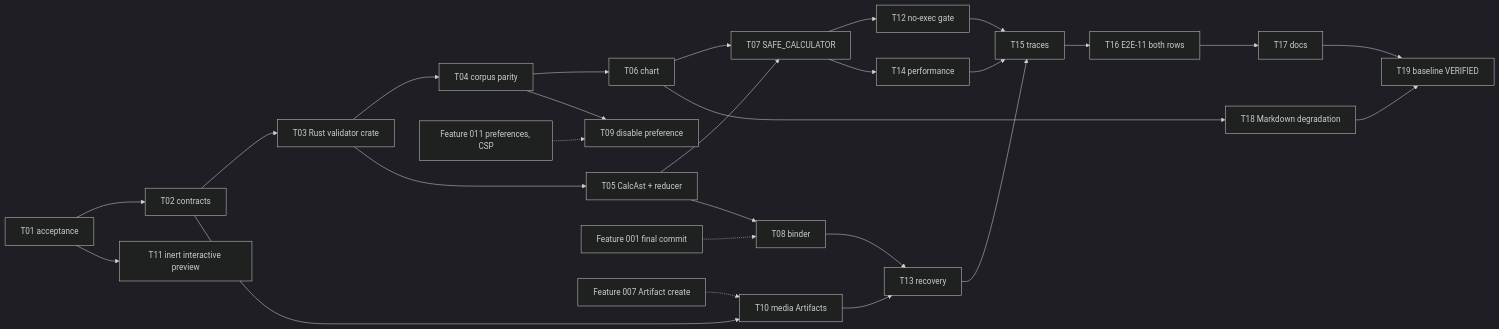
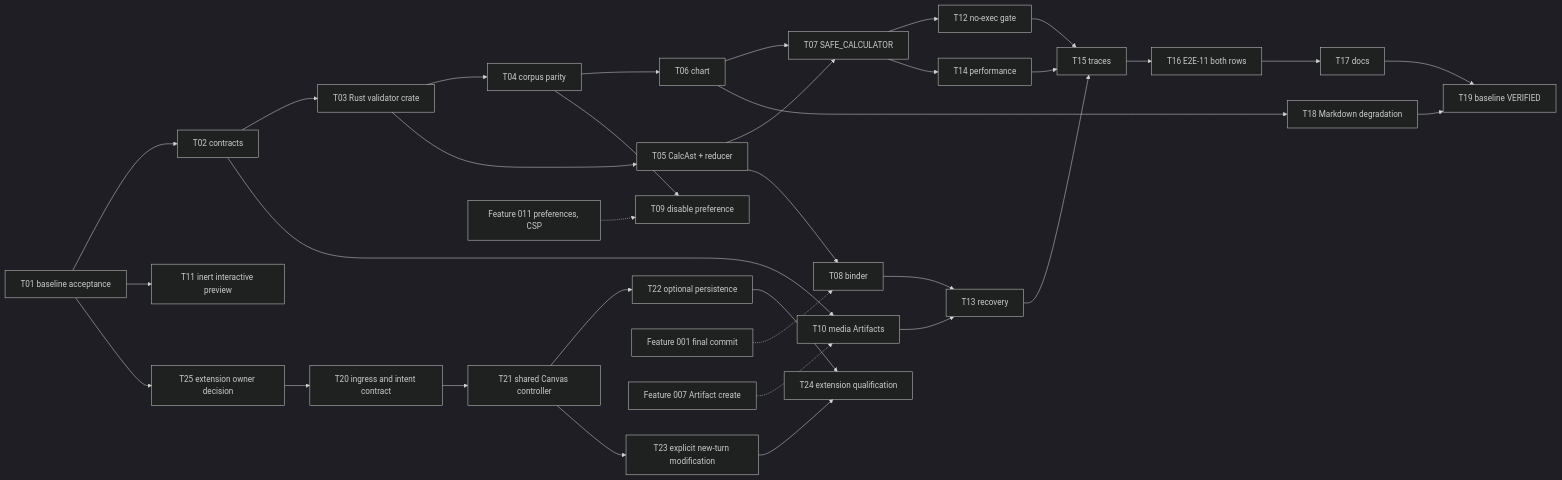
The diagram in specs/016-rich-presentation-intelligent-ui/PLAN.md (sarv-projects/litecowork), drawn with Mermaid (dark theme) before and after one commit. The commit also changed other lines of this file and 38 other files, not shown here.

````diff
--- a/specs/016-rich-presentation-intelligent-ui/PLAN.md
+++ b/specs/016-rich-presentation-intelligent-ui/PLAN.md
@@ -24,27 +24,33 @@
 ```mermaid
 flowchart LR
-  T01[T01 acceptance] --> T02[T02 contracts]
+  T01[T01 baseline acceptance] --> T02[T02 contracts]
   T02 --> T03[T03 Rust validator crate]
   T03 --> T04[T04 corpus parity]
   T03 --> T05[T05 CalcAst + reducer]
   T04 --> T06[T06 chart]
   T05 --> T07[T07 SAFE_CALCULATOR]
   T06 --> T07
   T05 --> T08[T08 binder]
   T04 --> T09[T09 disable preference]
   T02 --> T10[T10 media Artifacts]
   T01 --> T11[T11 inert interactive preview]
   T07 --> T12[T12 no-exec gate]
   T08 --> T13[T13 recovery]
   T10 --> T13
   T07 --> T14[T14 performance]
   T12 & T13 & T14 --> T15[T15 traces]
   T15 --> T16[T16 E2E-11 both rows]
   T16 --> T17[T17 docs]
   T17 --> T19[T19 baseline VERIFIED]
   T06 --> T18[T18 Markdown degradation]
   T18 --> T19
+  T01 --> T25[T25 extension owner decision]
+  T25 --> T20[T20 ingress and intent contract]
+  T20 --> T21[T21 shared Canvas controller]
+  T21 --> T22[T22 optional persistence]
+  T21 --> T23[T23 explicit new-turn modification]
+  T22 & T23 --> T24[T24 extension qualification]
   F001[Feature 001 final commit] -.-> T08
   F007[Feature 007 Artifact create] -.-> T10
   F011[Feature 011 preferences, CSP] -.-> T09
 ```
````
